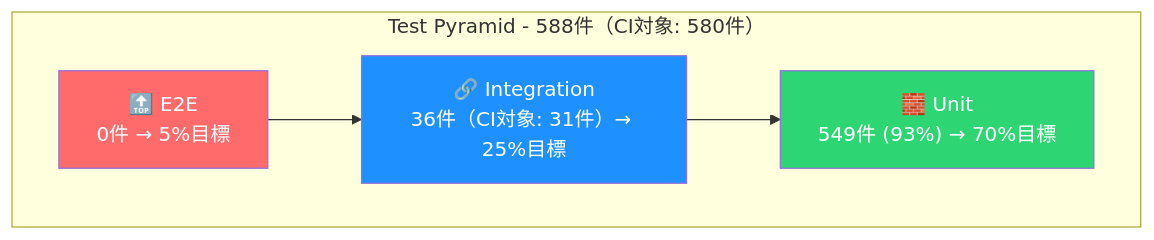
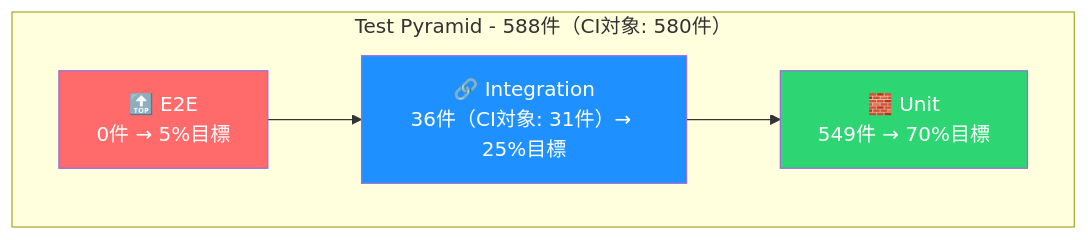
The second of 3 diagrams in README.md (yaoki-dev/api-test-devops-portfolio), drawn with Mermaid before and after one commit. The commit also changed other lines of this file, not shown here.

First line of the commit message:
docs(readme): Unit(93%)表記削除とslow/performanceCI実行タイミングを実態に修正 (PR #278 review)

````diff
--- a/README.md
+++ b/README.md
@@ -289,13 +289,13 @@
 ```mermaid
 graph TB
     subgraph "Test Pyramid - 588件（CI対象: 580件）"
         E2E["🔝 E2E<br/>0件 → 5%目標"]
         Integration["🔗 Integration<br/>36件（CI対象: 31件）→ 25%目標"]
-        Unit["🧱 Unit<br/>549件 (93%) → 70%目標"]
+        Unit["🧱 Unit<br/>549件 → 70%目標"]
     end
     E2E --> Integration --> Unit
 
     style E2E fill:#ff6b6b,color:#fff
     style Integration fill:#1e90ff,color:#fff
     style Unit fill:#2ed573,color:#fff
 ```
````
